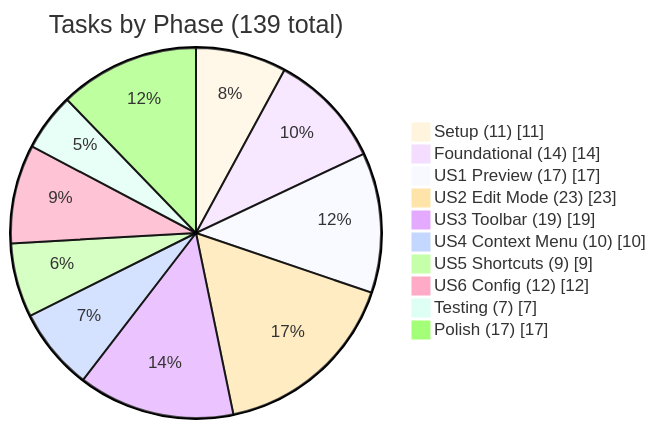
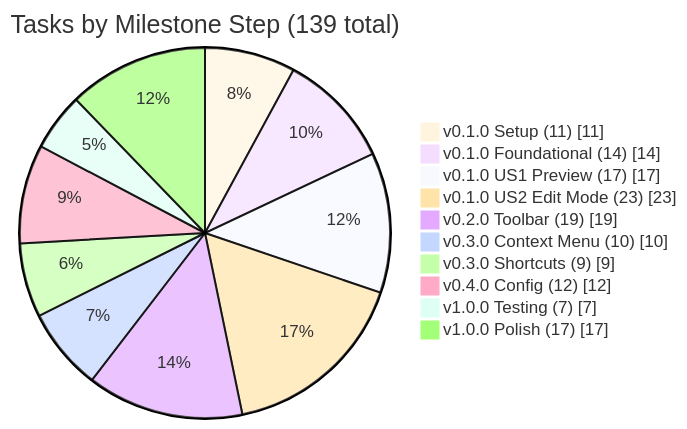
One commit to bluecloud-dev/markdown-preview changed the fourth of 12 diagrams in ROADMAP-DIAGRAM.md. Above: the diagram before and after it, drawn with Mermaid. The commit also changed other lines of this file and 1 other file, not shown here.

Commit message:
docs: align roadmap milestones

````diff
--- a/ROADMAP-DIAGRAM.md
+++ b/ROADMAP-DIAGRAM.md
@@ -205,16 +276,16 @@
 ```mermaid
 %%{init: {'theme': 'base'}}%%
 
 pie showData
-    title Tasks by Phase (139 total)
-    "Setup (11)" : 11
-    "Foundational (14)" : 14
-    "US1 Preview (17)" : 17
-    "US2 Edit Mode (23)" : 23
-    "US3 Toolbar (19)" : 19
-    "US4 Context Menu (10)" : 10
-    "US5 Shortcuts (9)" : 9
-    "US6 Config (12)" : 12
-    "Testing (7)" : 7
-    "Polish (17)" : 17
+    title Tasks by Milestone Step (139 total)
+    "v0.1.0 Setup (11)" : 11
+    "v0.1.0 Foundational (14)" : 14
+    "v0.1.0 US1 Preview (17)" : 17
+    "v0.1.0 US2 Edit Mode (23)" : 23
+    "v0.2.0 Toolbar (19)" : 19
+    "v0.3.0 Context Menu (10)" : 10
+    "v0.3.0 Shortcuts (9)" : 9
+    "v0.4.0 Config (12)" : 12
+    "v1.0.0 Testing (7)" : 7
+    "v1.0.0 Polish (17)" : 17
 ```
````
